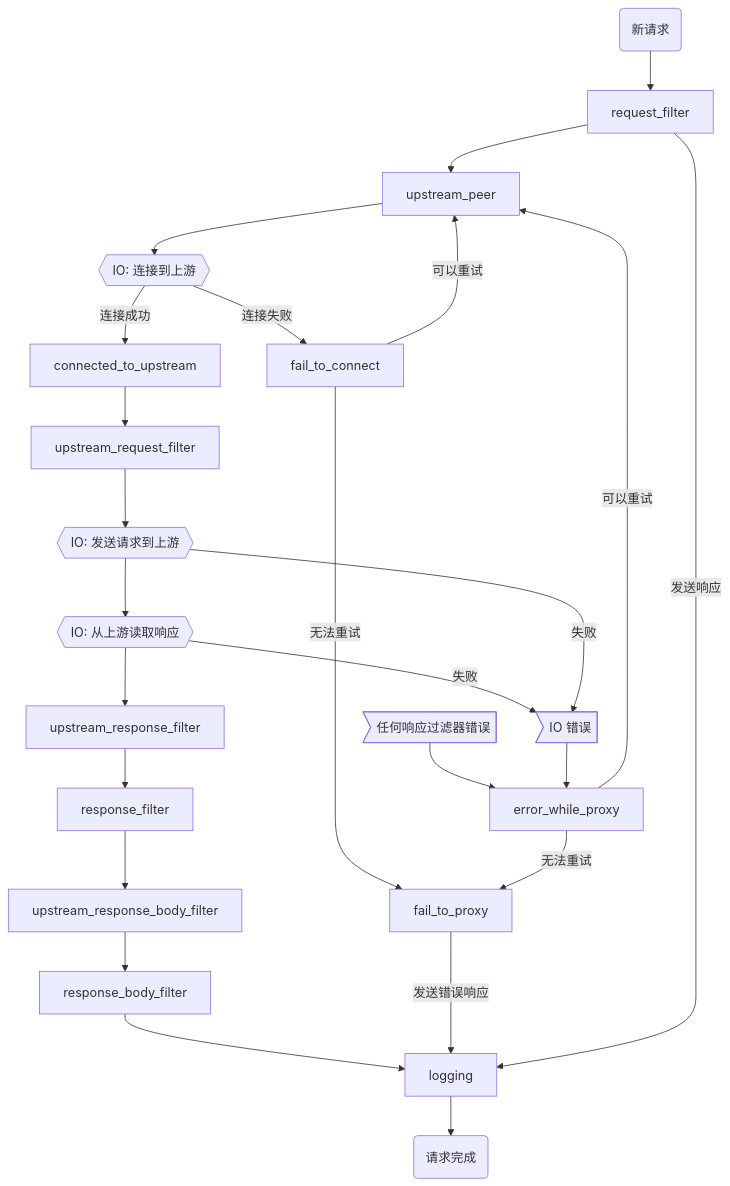
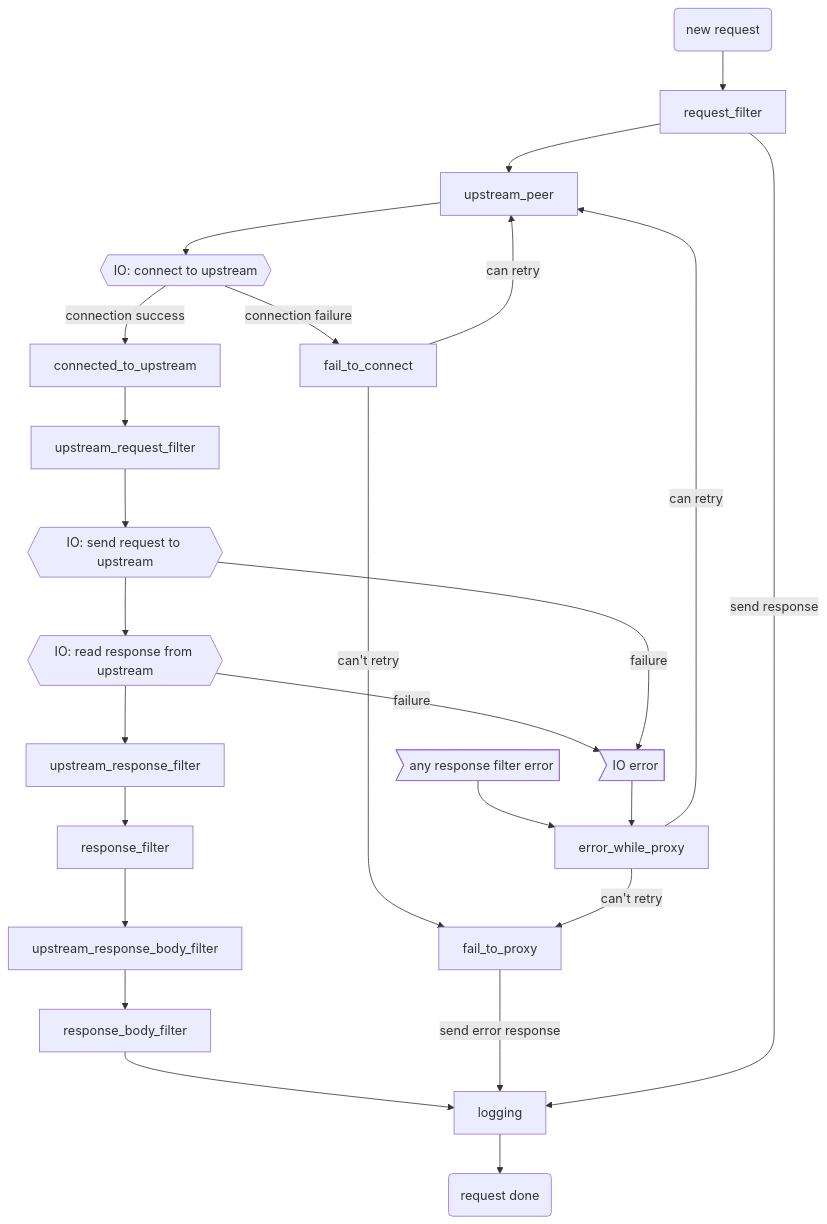
Before and after one commit to cloudflare/pingora: the diagram in docs/zh_cn/user_guide/phase_zh.md, drawn with Mermaid. The commit also changed other lines of this file and 18 other files, not shown here.

````diff
--- a/docs/zh_cn/user_guide/phase_zh.md
+++ b/docs/zh_cn/user_guide/phase_zh.md
@@ -17,29 +17,29 @@
 ```mermaid
-graph TD;
-start("新请求")-->request_filter;
-request_filter-->upstream_peer;
+ graph TD;
+    start("new request")-->request_filter;
+    request_filter-->upstream_peer;
 
-    upstream_peer-->Connect{{IO: 连接到上游}};
+    upstream_peer-->Connect{{IO: connect to upstream}};
 
-    Connect--连接成功-->connected_to_upstream;
-    Connect--连接失败-->fail_to_connect;
+    Connect--connection success-->connected_to_upstream;
+    Connect--connection failure-->fail_to_connect;
 
     connected_to_upstream-->upstream_request_filter;
-    upstream_request_filter --> SendReq{{IO: 发送请求到上游}};
-    SendReq-->RecvResp{{IO: 从上游读取响应}};
-    RecvResp-->upstream_response_filter-->response_filter-->upstream_response_body_filter-->response_body_filter-->logging-->endreq("请求完成");
+    upstream_request_filter --> SendReq{{IO: send request to upstream}};
+    SendReq-->RecvResp{{IO: read response from upstream}};
+    RecvResp-->upstream_response_filter-->response_filter-->upstream_response_body_filter-->response_body_filter-->logging-->endreq("request done");
 
-    fail_to_connect --可以重试-->upstream_peer;
-    fail_to_connect --无法重试-->fail_to_proxy--发送错误响应-->logging;
+    fail_to_connect --can retry-->upstream_peer;
+    fail_to_connect --can't retry-->fail_to_proxy--send error response-->logging;
 
-    RecvResp--失败-->IOFailure;
-    SendReq--失败-->IOFailure;
-    error_while_proxy--可以重试-->upstream_peer;
-    error_while_proxy--无法重试-->fail_to_proxy;
+    RecvResp--failure-->IOFailure;
+    SendReq--failure-->IOFailure;
+    error_while_proxy--can retry-->upstream_peer;
+    error_while_proxy--can't retry-->fail_to_proxy;
 
-    request_filter --发送响应-->logging
+    request_filter --send response-->logging
 
 
-    Error>任何响应过滤器错误]-->error_while_proxy
-    IOFailure>IO 错误]-->error_while_proxy
+    Error>any response filter error]-->error_while_proxy
+    IOFailure>IO error]-->error_while_proxy
 ```
````
